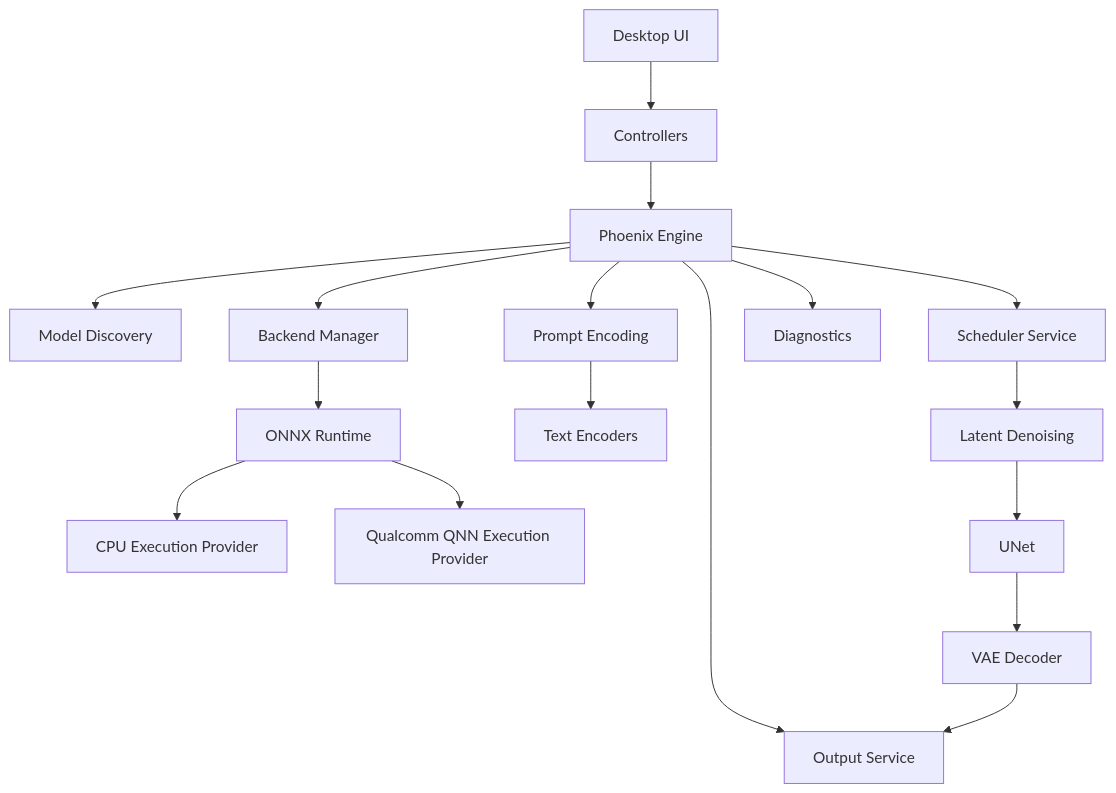
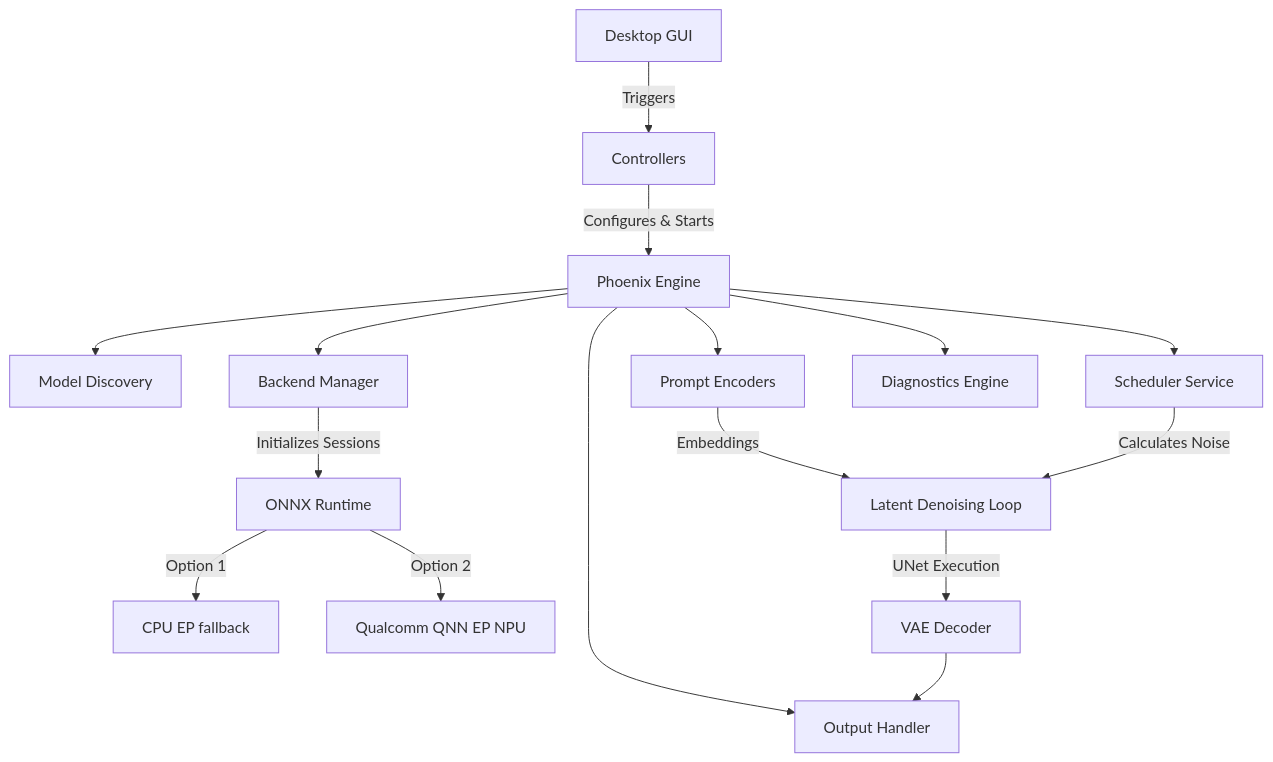
The diagram in README.md (Kreuzhofen/hk-npu-studio), drawn with Mermaid before and after one commit. The commit also changed other lines of this file, not shown here.

````diff
--- a/README.md
+++ b/README.md
@@ -367,22 +190,21 @@
 ```mermaid
 flowchart TD
-    UI[Desktop UI] --> CTRL[Controllers]
-    CTRL --> PHX[Phoenix Engine]
-
+    UI[Desktop GUI] -->|Triggers| CTRL[Controllers]
+    CTRL -->|Configures & Starts| PHX[Phoenix Engine]
+    
     PHX --> DISC[Model Discovery]
-    PHX --> PROMPT[Prompt Encoding]
+    PHX --> PROMPT[Prompt Encoders]
     PHX --> SCHED[Scheduler Service]
     PHX --> BACKEND[Backend Manager]
-    PHX --> DIAG[Diagnostics]
-    PHX --> OUTPUT[Output Service]
+    PHX --> DIAG[Diagnostics Engine]
+    PHX --> OUT[Output Handler]
 
-    BACKEND --> ORT[ONNX Runtime]
-    ORT --> CPU[CPU Execution Provider]
-    ORT --> QNN[Qualcomm QNN Execution Provider]
-
-    PROMPT --> TEXT[Text Encoders]
-    SCHED --> LATENT[Latent Denoising]
-    LATENT --> UNET[UNet]
-    UNET --> VAE[VAE Decoder]
-    VAE --> OUTPUT
+    BACKEND -->|Initializes Sessions| ORT[ONNX Runtime]
+    ORT -->|Option 1| CPU[CPU EP fallback]
+    ORT -->|Option 2| QNN[Qualcomm QNN EP NPU]
+    
+    PROMPT -->|Embeddings| LATENT[Latent Denoising Loop]
+    SCHED -->|Calculates Noise| LATENT
+    LATENT -->|UNet Execution| VAE[VAE Decoder]
+    VAE --> OUT
 ```
````
